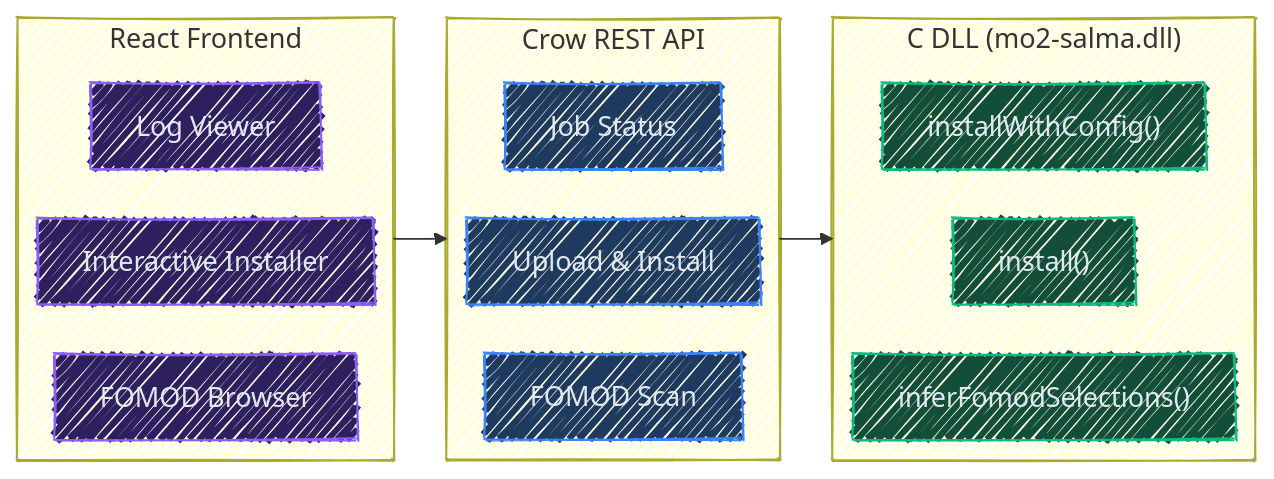
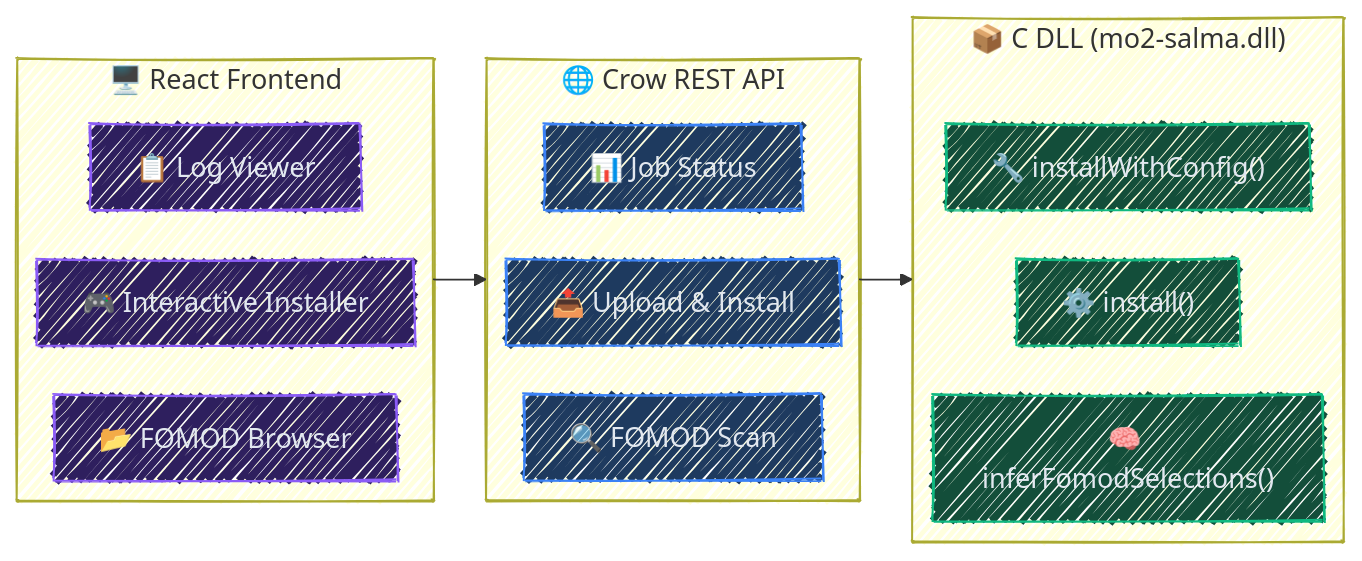
Before and after one commit to lextpf/salma: the first of 3 diagrams in README.md, drawn with Mermaid. The commit also changed other lines of this file and 1 other file, not shown here.

````diff
--- a/README.md
+++ b/README.md
@@ -63,35 +69,35 @@
 ```mermaid
 ---
 config:
   look: handDrawn
   theme: mc
   themeVariables:
     fontSize: 18px
   layout: elk
 ---
 graph LR
     classDef dll fill:#134e3a,stroke:#10b981,color:#e2e8f0
     classDef api fill:#1e3a5f,stroke:#3b82f6,color:#e2e8f0
     classDef web fill:#2e1f5e,stroke:#8b5cf6,color:#e2e8f0
 
-    subgraph DLL["C DLL (mo2-salma.dll)"]
-        Install["install()"]:::dll
-        Infer["inferFomodSelections()"]:::dll
-        Config["installWithConfig()"]:::dll
+    subgraph DLL["📦 C DLL (mo2-salma.dll)"]
+        Install["⚙️ install()"]:::dll
+        Infer["🧠 inferFomodSelections()"]:::dll
+        Config["🔧 installWithConfig()"]:::dll
     end
 
-    subgraph API["Crow REST API"]
-        Upload["Upload & Install"]:::api
-        Scan["FOMOD Scan"]:::api
-        Status["Job Status"]:::api
+    subgraph API["🌐 Crow REST API"]
+        Upload["📤 Upload & Install"]:::api
+        Scan["🔍 FOMOD Scan"]:::api
+        Status["📊 Job Status"]:::api
     end
 
-    subgraph Web["React Frontend"]
-        UI["Interactive Installer"]:::web
-        FomodView["FOMOD Browser"]:::web
-        Logs["Log Viewer"]:::web
+    subgraph Web["🖥️ React Frontend"]
+        UI["🎮 Interactive Installer"]:::web
+        FomodView["📂 FOMOD Browser"]:::web
+        Logs["📋 Log Viewer"]:::web
     end
 
     Web --> API
     API --> DLL
 ```
````
